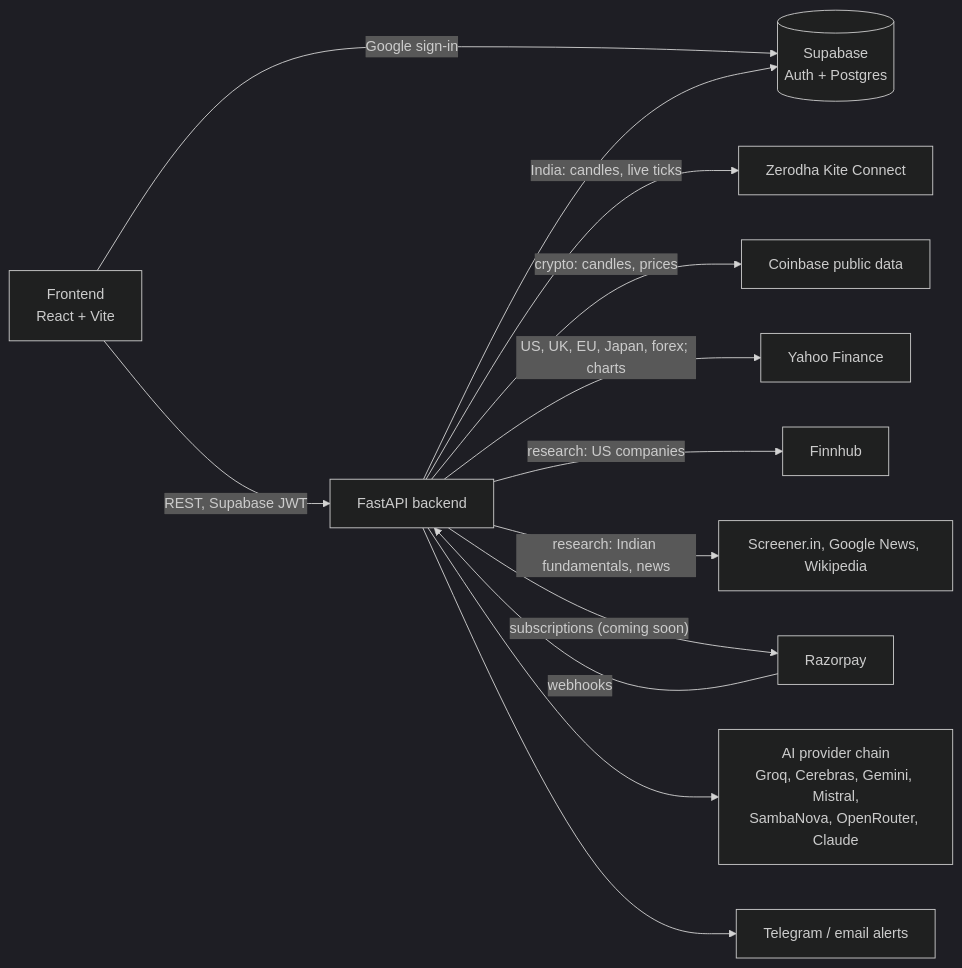
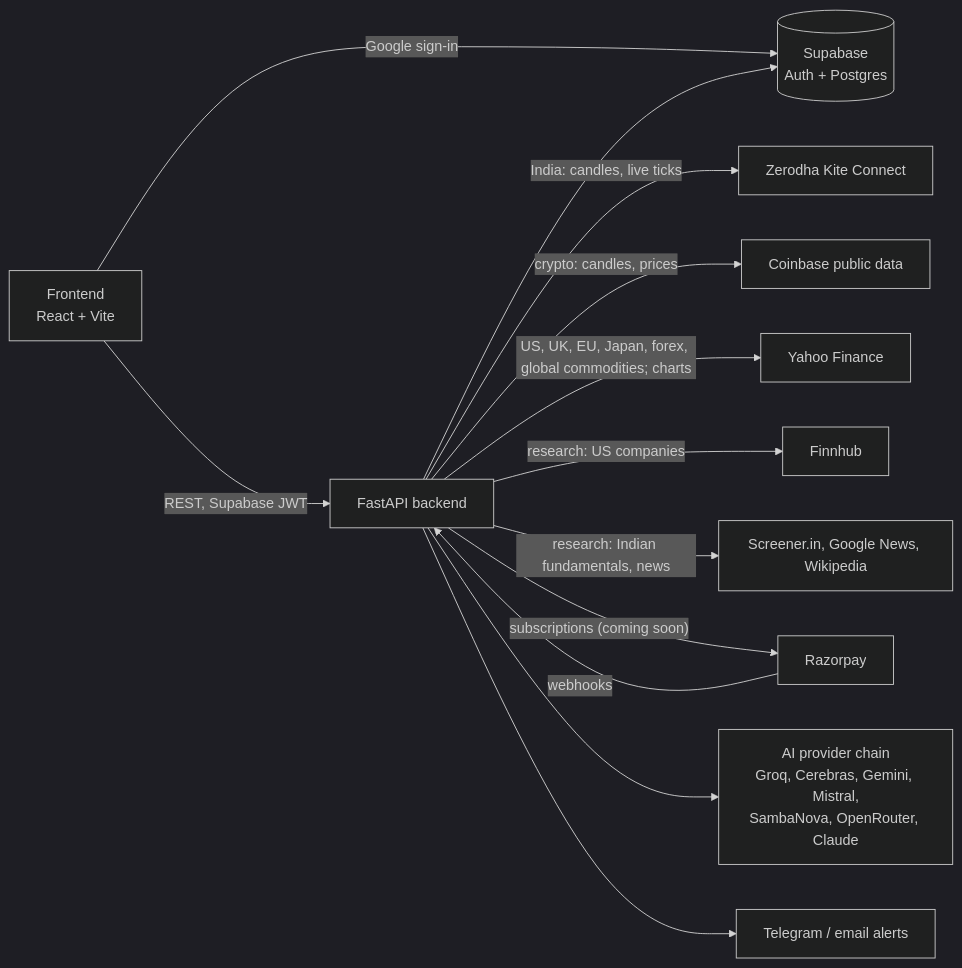
Before and after one commit to prakul1982/stratlab: the diagram in README.md, drawn with Mermaid (dark theme). The commit also changed other lines of this file and 26 other files, not shown here.

First line of the commit message:
Commodities as two separate markets: Indian (MCX) and global

````diff
--- a/README.md
+++ b/README.md
@@ -155,15 +166,15 @@
 ```mermaid
 flowchart LR
     UI["Frontend<br/>React + Vite"] -- "REST, Supabase JWT" --> API["FastAPI backend"]
     UI -- "Google sign-in" --> SB[("Supabase<br/>Auth + Postgres")]
     API --> SB
     API -- "India: candles, live ticks" --> KITE["Zerodha Kite Connect"]
     API -- "crypto: candles, prices" --> CB["Coinbase public data"]
-    API -- "US, UK, EU, Japan, forex; charts" --> YF["Yahoo Finance"]
+    API -- "US, UK, EU, Japan, forex, global commodities; charts" --> YF["Yahoo Finance"]
     API -- "research: US companies" --> FH["Finnhub"]
     API -- "research: Indian fundamentals, news" --> SC["Screener.in, Google News, Wikipedia"]
     API -- "subscriptions (coming soon)" --> RZP["Razorpay"]
     RZP -- "webhooks" --> API
     API --> AI["AI provider chain<br/>Groq, Cerebras, Gemini, Mistral,<br/>SambaNova, OpenRouter, Claude"]
     API --> ALERT["Telegram / email alerts"]
 ```
````
